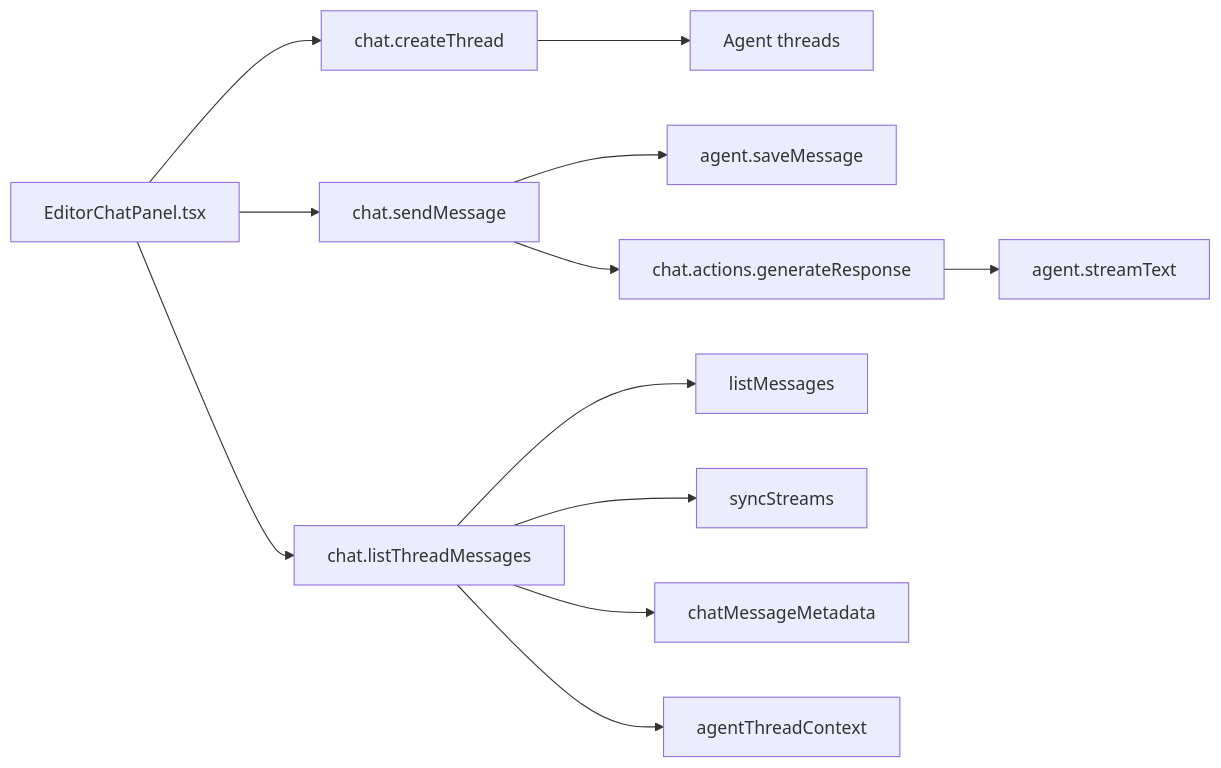
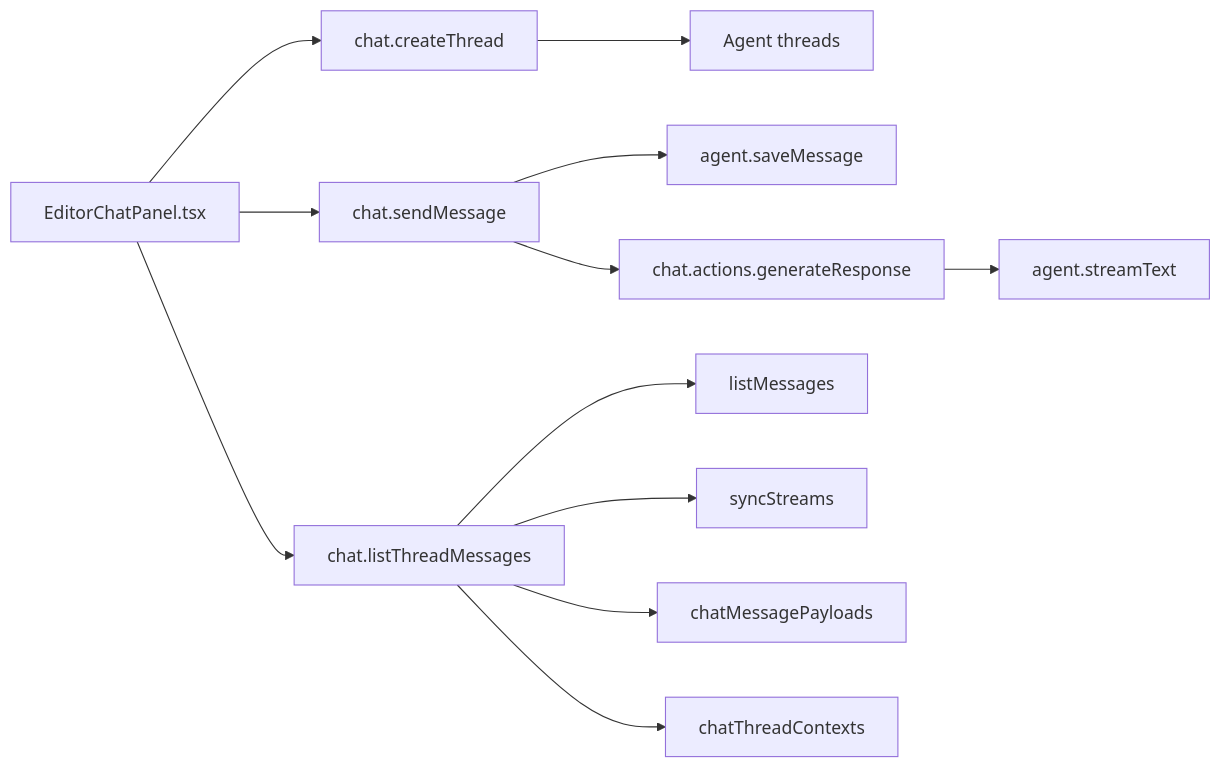
Before and after one commit to samebase/samebase: the diagram in apps/samebase/convex/README.md, drawn with Mermaid. The commit also changed other lines of this file and 211 other files, not shown here.

````diff
--- a/apps/samebase/convex/README.md
+++ b/apps/samebase/convex/README.md
@@ -17,16 +17,16 @@
 ```mermaid
 flowchart LR
   UI["EditorChatPanel.tsx"] --> CT["chat.createThread"]
   CT --> AT["Agent threads"]
 
   UI --> SM["chat.sendMessage"]
   SM --> SAV["agent.saveMessage"]
   SM --> GR["chat.actions.generateResponse"]
   GR --> ST["agent.streamText"]
 
   UI --> LM["chat.listThreadMessages"]
   LM --> LIST["listMessages"]
   LM --> SYNC["syncStreams"]
-  LM --> META["chatMessageMetadata"]
-  LM --> CTX["agentThreadContext"]
+  LM --> META["chatMessagePayloads"]
+  LM --> CTX["chatThreadContexts"]
 ```
````
